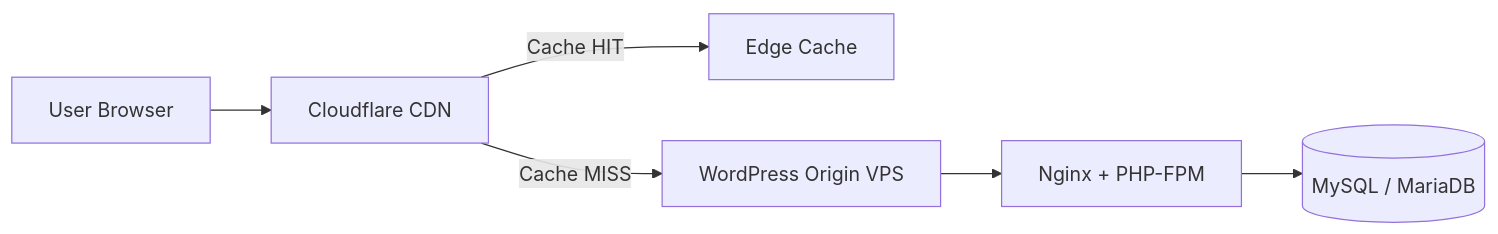
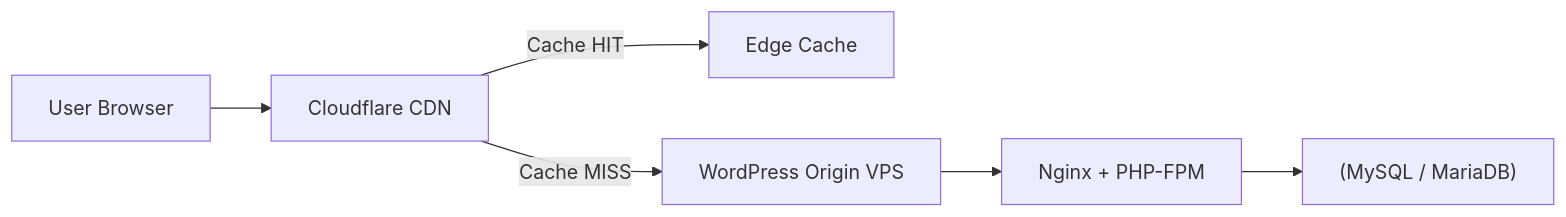
Before and after one commit to vesviet/vesviet: the second of 2 diagrams in content/posts/deploying-astro-on-cloudflare-full-stack-edge-architecture.md, drawn with Mermaid. The commit also changed other lines of this file and 331 other files, not shown here.

````diff
--- a/content/posts/deploying-astro-on-cloudflare-full-stack-edge-architecture.md
+++ b/content/posts/deploying-astro-on-cloudflare-full-stack-edge-architecture.md
@@ -392,8 +392,8 @@
 ```mermaid
 flowchart LR
-    U[User Browser] --> CF[Cloudflare CDN]
-    CF -->|Cache HIT| CACHE[Edge Cache]
-    CF -->|Cache MISS| WP[WordPress Origin VPS]
-    WP --> NGINX[Nginx + PHP-FPM]
-    NGINX --> DB[(MySQL / MariaDB)]
+    U["User Browser"] --> CF["Cloudflare CDN"]
+    CF -->|"Cache HIT"| CACHE["Edge Cache"]
+    CF -->|"Cache MISS"| WP["WordPress Origin VPS"]
+    WP --> NGINX["Nginx + PHP-FPM"]
+    NGINX --> DB["(MySQL / MariaDB)"]
 ```
````
